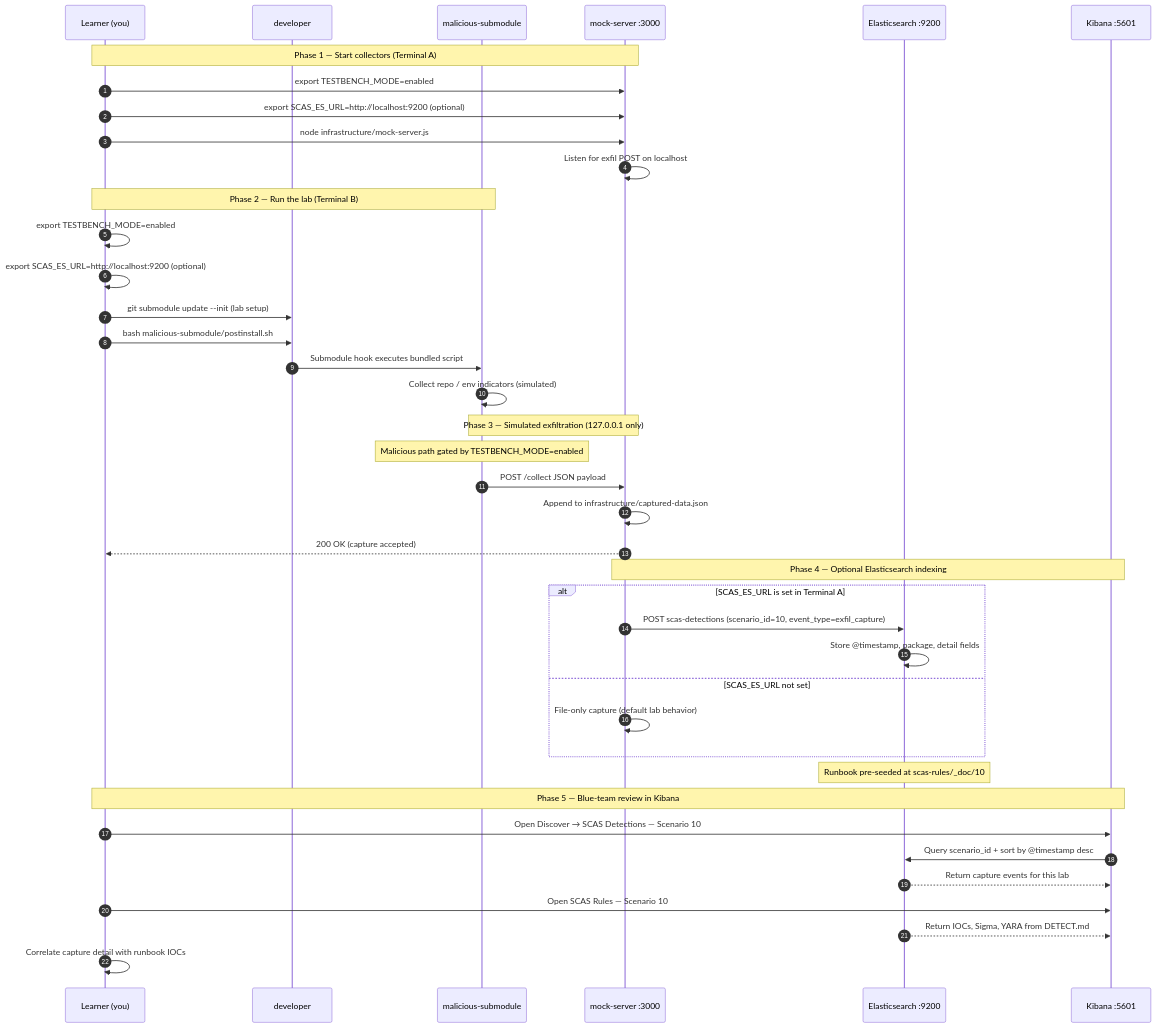
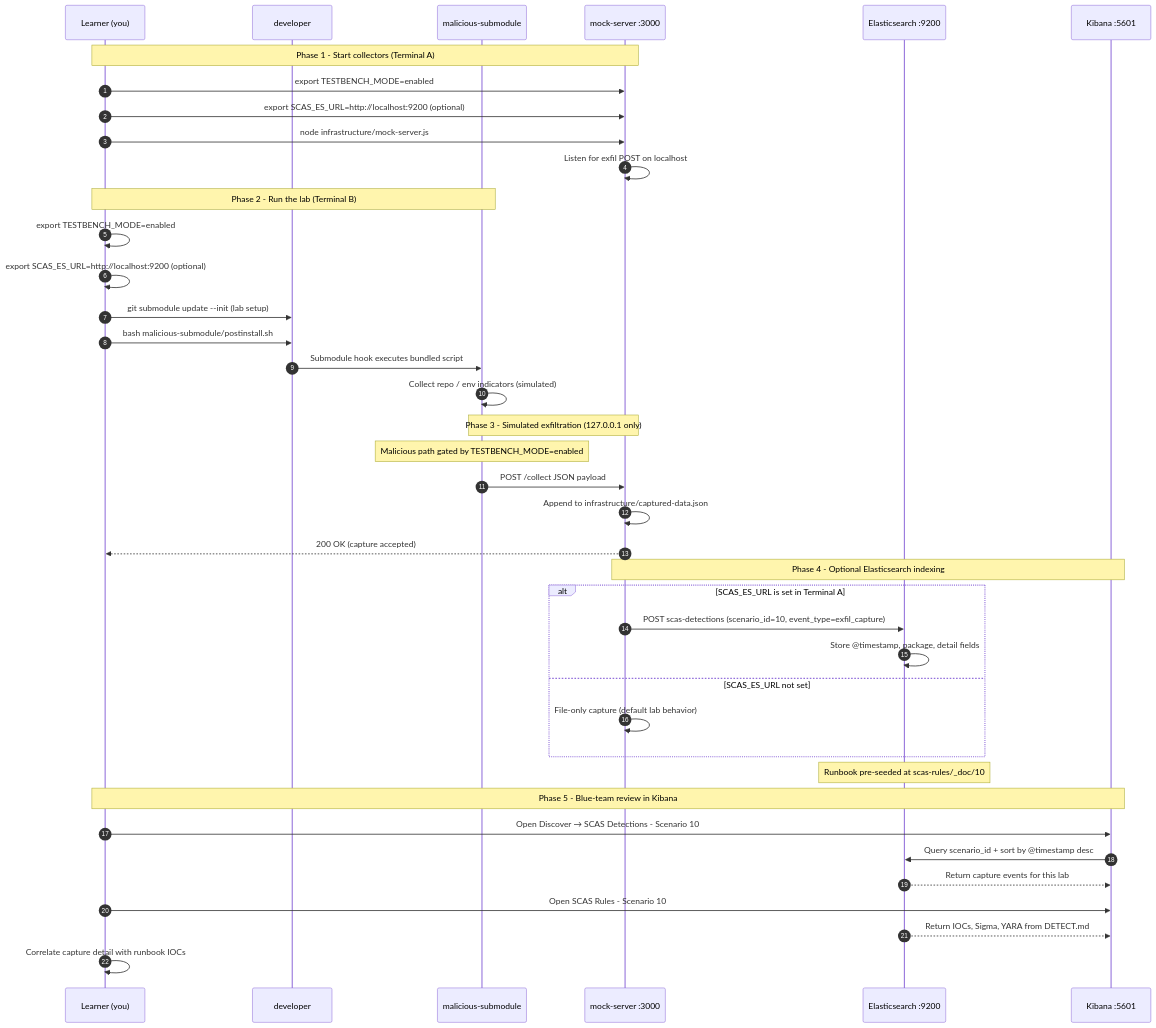
One commit to RAJANAGORI/testbench changed the diagram in documentation/scenario-guides/zero-to-hero/ZERO_TO_HERO_SCENARIO_10.md. Above: the diagram before and after it, drawn with Mermaid. The commit also changed other lines of this file and 66 other files, not shown here.

````diff
--- a/documentation/scenario-guides/zero-to-hero/ZERO_TO_HERO_SCENARIO_10.md
+++ b/documentation/scenario-guides/zero-to-hero/ZERO_TO_HERO_SCENARIO_10.md
@@ -375,47 +375,47 @@
 ```mermaid
 sequenceDiagram
     autonumber
     participant Learner as Learner (you)
     participant Victim as developer
     participant MalPkg as malicious-submodule
     participant Mock as mock-server :3000
     participant ES as Elasticsearch :9200
     participant Kibana as Kibana :5601
 
-    Note over Learner,Mock: Phase 1 — Start collectors (Terminal A)
+    Note over Learner,Mock: Phase 1 - Start collectors (Terminal A)
     Learner->>Mock: export TESTBENCH_MODE=enabled
     Learner->>Mock: export SCAS_ES_URL=http://localhost:9200 (optional)
     Learner->>Mock: node infrastructure/mock-server.js
     Mock->>Mock: Listen for exfil POST on localhost
 
-    Note over Learner,MalPkg: Phase 2 — Run the lab (Terminal B)
+    Note over Learner,MalPkg: Phase 2 - Run the lab (Terminal B)
     Learner->>Learner: export TESTBENCH_MODE=enabled
     Learner->>Learner: export SCAS_ES_URL=http://localhost:9200 (optional)
     Learner->>Victim: git submodule update --init (lab setup)
     Learner->>Victim: bash malicious-submodule/postinstall.sh
     Victim->>MalPkg: Submodule hook executes bundled script
     MalPkg->>MalPkg: Collect repo / env indicators (simulated)
 
-    Note over MalPkg,Mock: Phase 3 — Simulated exfiltration (127.0.0.1 only)
+    Note over MalPkg,Mock: Phase 3 - Simulated exfiltration (127.0.0.1 only)
     Note over MalPkg: Malicious path gated by TESTBENCH_MODE=enabled
     MalPkg->>Mock: POST /collect JSON payload
     Mock->>Mock: Append to infrastructure/captured-data.json
     Mock-->>Learner: 200 OK (capture accepted)
 
-    Note over Mock,Kibana: Phase 4 — Optional Elasticsearch indexing
+    Note over Mock,Kibana: Phase 4 - Optional Elasticsearch indexing
     alt SCAS_ES_URL is set in Terminal A
     Mock->>ES: POST scas-detections (scenario_id=10, event_type=exfil_capture)
     ES->>ES: Store @timestamp, package, detail fields
     else SCAS_ES_URL not set
     Mock->>Mock: File-only capture (default lab behavior)
     end
 
     Note over ES: Runbook pre-seeded at scas-rules/_doc/10
-    Note over Learner,Kibana: Phase 5 — Blue-team review in Kibana
-    Learner->>Kibana: Open Discover → SCAS Detections — Scenario 10
+    Note over Learner,Kibana: Phase 5 - Blue-team review in Kibana
+    Learner->>Kibana: Open Discover → SCAS Detections - Scenario 10
     Kibana->>ES: Query scenario_id + sort by @timestamp desc
     ES-->>Kibana: Return capture events for this lab
-    Learner->>Kibana: Open SCAS Rules — Scenario 10
+    Learner->>Kibana: Open SCAS Rules - Scenario 10
     ES-->>Kibana: Return IOCs, Sigma, YARA from DETECT.md
     Learner->>Learner: Correlate capture detail with runbook IOCs
 ```
````
